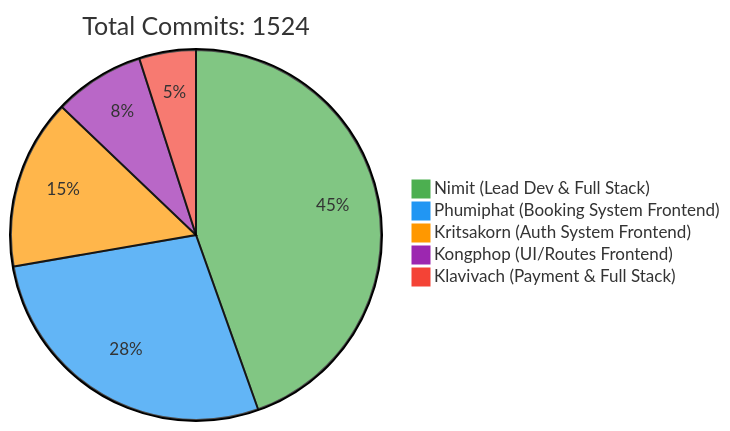
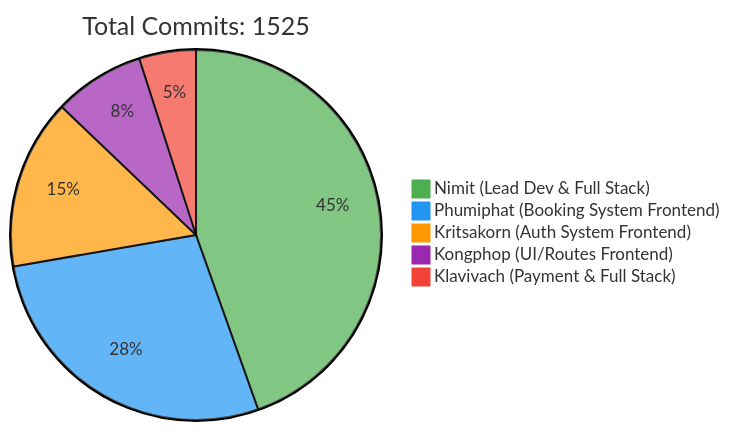
The first of 2 diagrams in README.md (6531503042/Sport-Complex), drawn with Mermaid before and after one commit. The commit also changed other lines of this file, not shown here.

Commit message:
docs: Update contributor statistics [skip ci]

````diff
--- a/README.md
+++ b/README.md
@@ -257,10 +257,10 @@
 ```mermaid
 %%{init: {'theme': 'base', 'themeVariables': { 'pie1': '#4CAF50', 'pie2': '#2196F3', 'pie3': '#FF9800', 'pie4': '#9C27B0', 'pie5': '#F44336'}}}%%
 pie
-    title Total Commits: 1524
+    title Total Commits: 1525
     "Nimit (Lead Dev & Full Stack)" : 450
     "Phumiphat (Booking System Frontend)" : 280
     "Kritsakorn (Auth System Frontend)" : 150
     "Kongphop (UI/Routes Frontend)" : 80
     "Klavivach (Payment & Full Stack)" : 50
 ```
````
